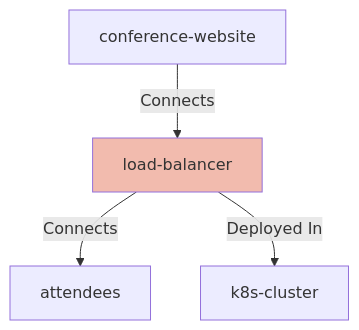
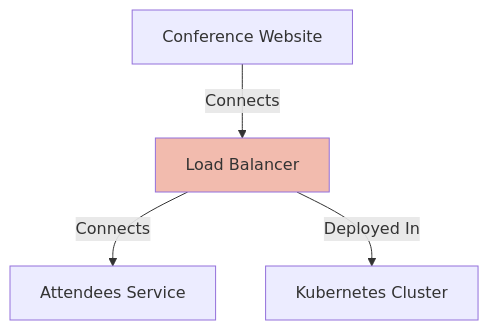
Before and after one commit to finos/architecture-as-code: the diagram in cli/test_fixtures/getting-started/STEP-2/website/docs/nodes/load-balancer.md, drawn with Mermaid. The commit also changed 61 other files, not shown here.

First line of the commit message:
fix(calm-widgets): resolve node names instead of raw ids in related-nodes diagrams (#2883)

````diff
--- a/cli/test_fixtures/getting-started/STEP-2/website/docs/nodes/load-balancer.md
+++ b/cli/test_fixtures/getting-started/STEP-2/website/docs/nodes/load-balancer.md
@@ -56,8 +56,8 @@
 ```mermaid
 graph TD;
-load-balancer[load-balancer]:::highlight;
-conference-website -- Connects --> load-balancer;
-load-balancer -- Connects --> attendees;
-load-balancer -- Deployed In --> k8s-cluster;
+load-balancer[Load Balancer]:::highlight;
+conference-website[Conference Website] -- Connects --> load-balancer[Load Balancer];
+load-balancer[Load Balancer] -- Connects --> attendees[Attendees Service];
+load-balancer[Load Balancer] -- Deployed In --> k8s-cluster[Kubernetes Cluster];
 classDef highlight fill:#f2bbae;
 ```
````
